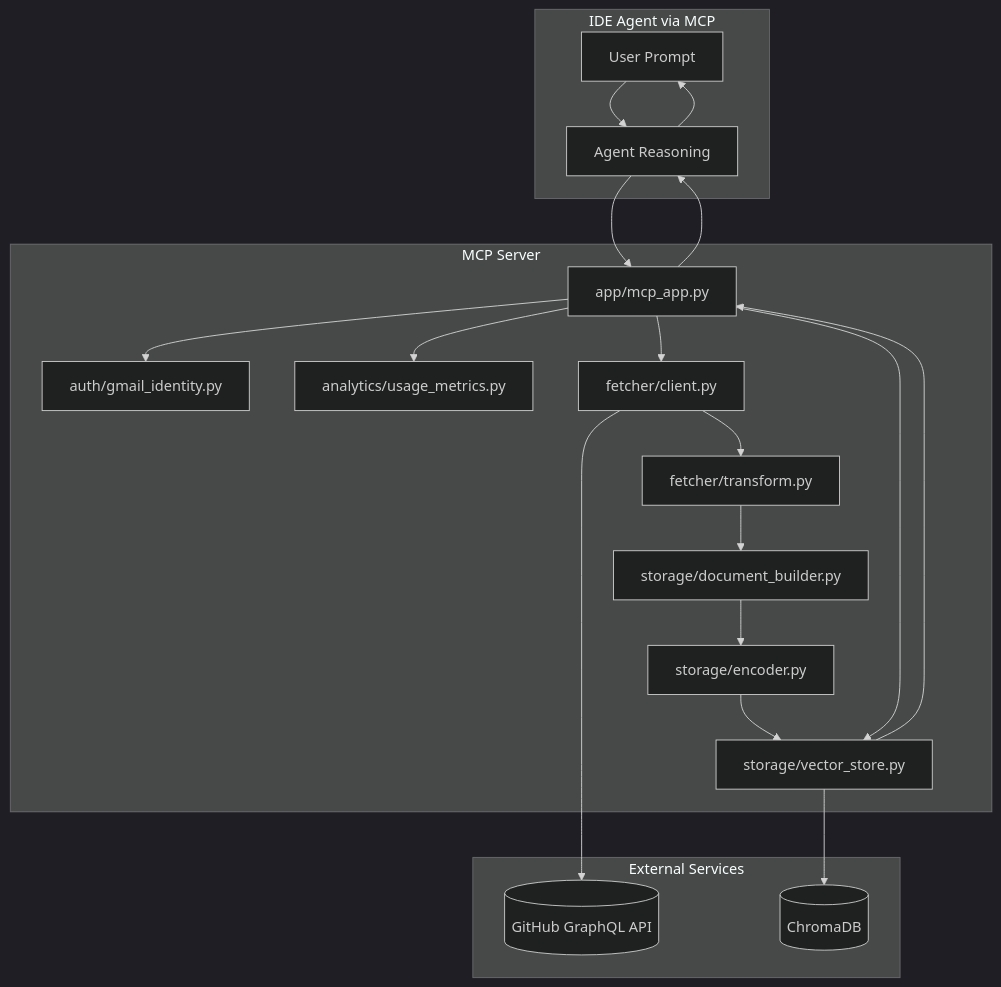
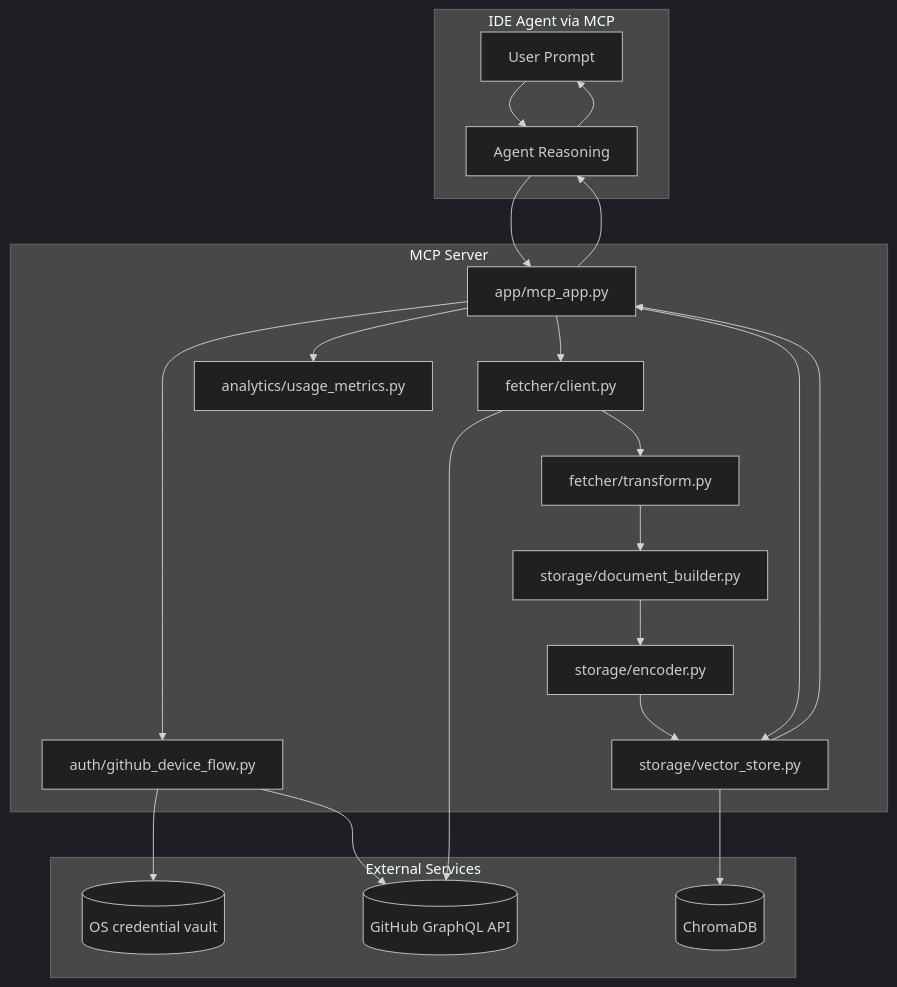
One commit to paarths-collab/github-pr-context-mcp changed the first of 3 diagrams in docs/architecture.md. Above: the diagram before and after it, drawn with Mermaid (dark theme). The commit also changed other lines of this file and 67 other files, not shown here.

````diff
--- a/docs/architecture.md
+++ b/docs/architecture.md
@@ -46,31 +46,33 @@
 ```mermaid
 flowchart TB
     subgraph Client["IDE Agent via MCP"]
         U[User Prompt]
         A[Agent Reasoning]
     end
 
     subgraph Server["MCP Server"]
         S["app/mcp_app.py"]
-        AU["auth/gmail_identity.py"]
+        AU["auth/github_device_flow.py"]
         AN["analytics/usage_metrics.py"]
         F["fetcher/client.py"]
         T["fetcher/transform.py"]
         D["storage/document_builder.py"]
         E["storage/encoder.py"]
         V["storage/vector_store.py"]
     end
 
     subgraph External["External Services"]
         GH[(GitHub GraphQL API)]
+        KV[(OS credential vault)]
         DB[(ChromaDB)]
     end
 
     U --> A --> S
-    S --> AU
+    S --> AU --> KV
+    AU --> GH
     S --> AN
     S --> F --> GH
     F --> T --> D --> E --> V --> DB
     S --> V
     V --> S --> A --> U
 ```
````
